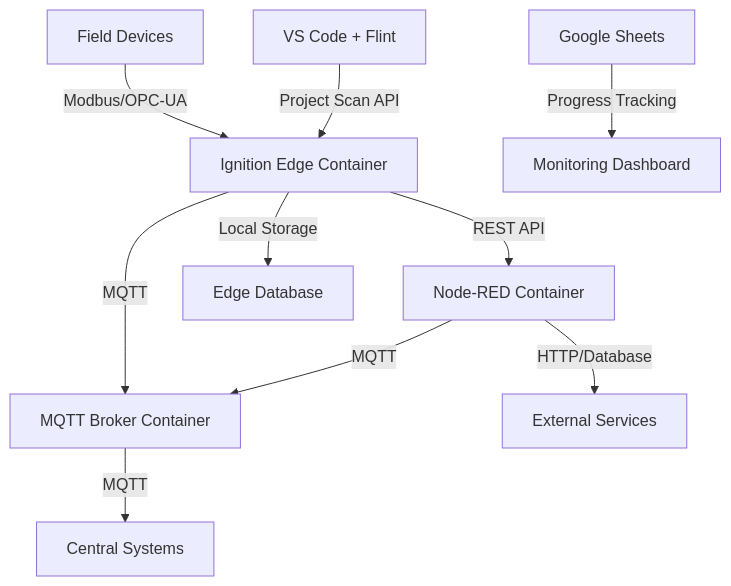
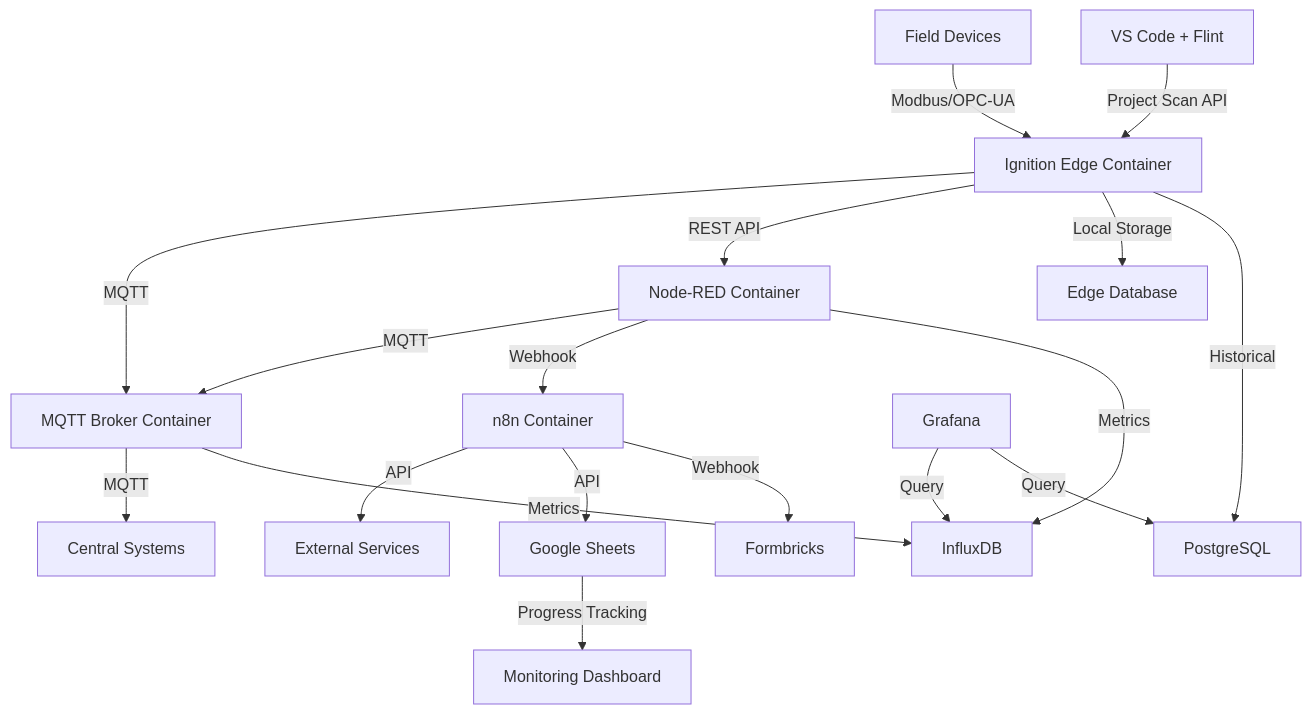
Before and after one commit to slimstrongarm/industrial-iot-stack: the diagram in STACK-OVERVIEW.md, drawn with Mermaid. The commit also changed other lines of this file and 35 other files, not shown here.

First line of the commit message:
📊 Update session state and Google Sheets with current progress

````diff
--- a/STACK-OVERVIEW.md
+++ b/STACK-OVERVIEW.md
@@ -10,12 +10,20 @@
 ```mermaid
 graph TD
     A[Field Devices] -->|Modbus/OPC-UA| B[Ignition Edge Container]
     B -->|MQTT| C[MQTT Broker Container]
     B -->|REST API| D[Node-RED Container]
     D -->|MQTT| C
     C -->|MQTT| E[Central Systems]
-    D -->|HTTP/Database| F[External Services]
+    D -->|Webhook| K[n8n Container]
+    K -->|API| F[External Services]
+    K -->|API| I[Google Sheets]
     B -->|Local Storage| G[Edge Database]
     H[VS Code + Flint] -->|Project Scan API| B
-    I[Google Sheets] -->|Progress Tracking| J[Monitoring Dashboard]
+    I -->|Progress Tracking| J[Monitoring Dashboard]
+    K -->|Webhook| L[Formbricks]
+    M[Grafana] -->|Query| N[InfluxDB]
+    C -->|Metrics| N
+    D -->|Metrics| N
+    B -->|Historical| O[PostgreSQL]
+    M -->|Query| O
 ```
````
